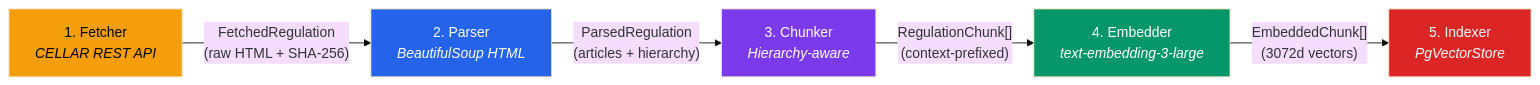
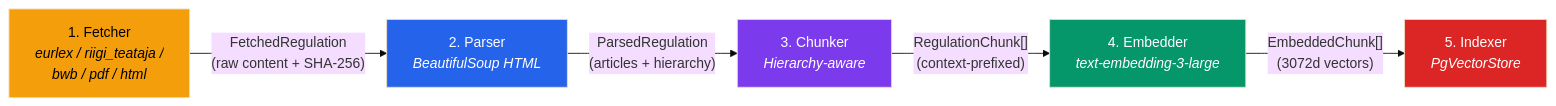
Before and after one commit to Tsunami-max/trust-relay-docs: the third of 5 diagrams in docs/architecture/lex-regulatory-knowledge.md, drawn with Mermaid (base theme). The commit also changed other lines of this file and 112 other files, not shown here.

````diff
--- a/docs/architecture/lex-regulatory-knowledge.md
+++ b/docs/architecture/lex-regulatory-knowledge.md
@@ -106,19 +191,19 @@
 ```mermaid
 graph LR
-    F["1. Fetcher<br/><i>CELLAR REST API</i>"]
+    F["1. Fetcher<br/><i>eurlex / riigi_teataja /<br/>bwb / pdf / html</i>"]
     P["2. Parser<br/><i>BeautifulSoup HTML</i>"]
     C["3. Chunker<br/><i>Hierarchy-aware</i>"]
     E["4. Embedder<br/><i>text-embedding-3-large</i>"]
     I["5. Indexer<br/><i>PgVectorStore</i>"]
 
-    F -->|"FetchedRegulation<br/>(raw HTML + SHA-256)"| P
+    F -->|"FetchedRegulation<br/>(raw content + SHA-256)"| P
     P -->|"ParsedRegulation<br/>(articles + hierarchy)"| C
     C -->|"RegulationChunk[]<br/>(context-prefixed)"| E
     E -->|"EmbeddedChunk[]<br/>(3072d vectors)"| I
 
     style F fill:#f59e0b,color:#000
     style P fill:#2563eb,color:#fff
     style C fill:#7c3aed,color:#fff
     style E fill:#059669,color:#fff
     style I fill:#dc2626,color:#fff
 ```
````
